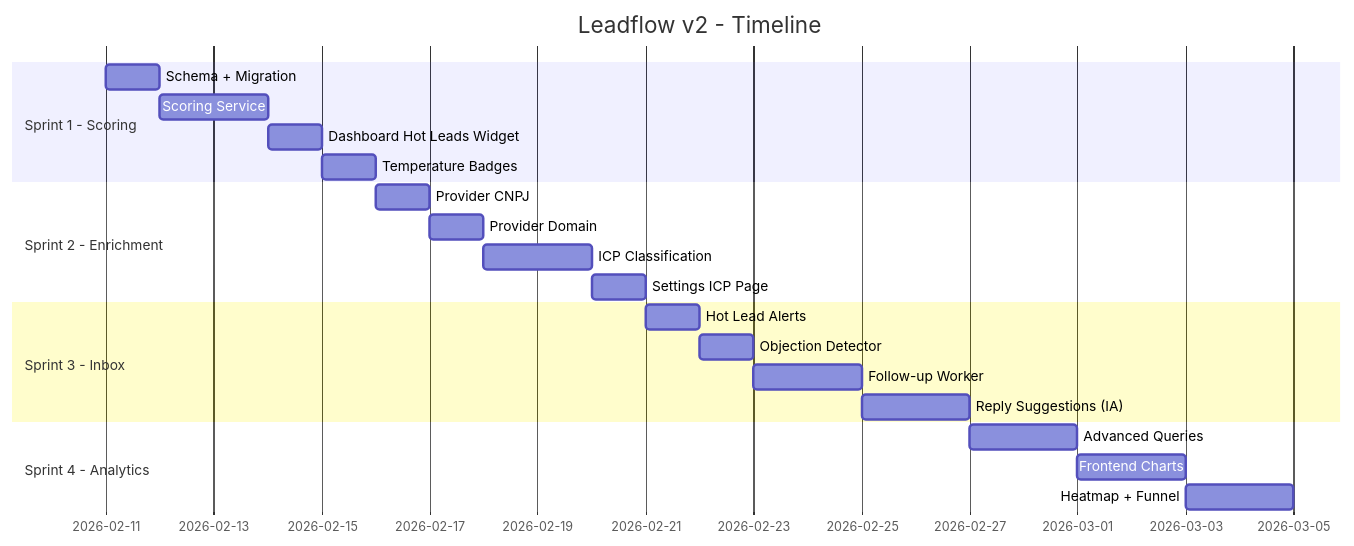
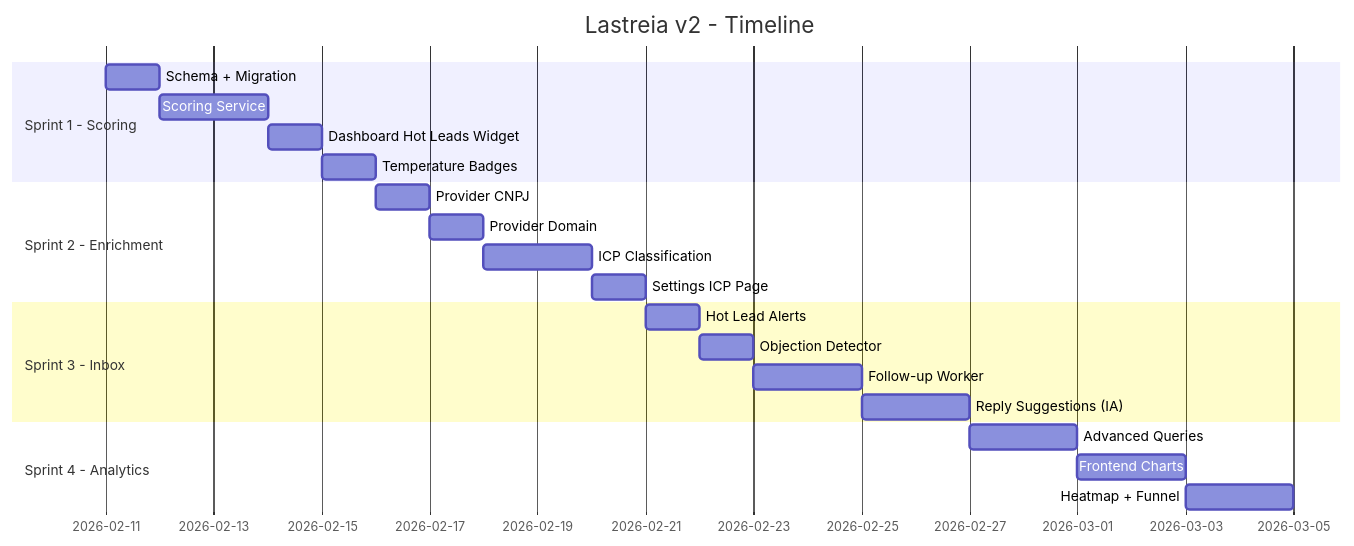
The third of 3 diagrams in DEVELOPMENT_PLAN.md (leonardo-lacerda/LeadFlow), drawn with Mermaid before and after one commit. The commit also changed other lines of this file and 45 other files, not shown here.

````diff
--- a/DEVELOPMENT_PLAN.md
+++ b/DEVELOPMENT_PLAN.md
@@ -329,27 +329,27 @@
 ```mermaid
 gantt
-    title Leadflow v2 - Timeline
+    title Lastreia v2 - Timeline
     dateFormat  YYYY-MM-DD
     section Sprint 1 - Scoring
     Schema + Migration          :s1, 2026-02-11, 1d
     Scoring Service             :s2, after s1, 2d
     Dashboard Hot Leads Widget  :s3, after s2, 1d
     Temperature Badges          :s4, after s3, 1d
 
     section Sprint 2 - Enrichment
     Provider CNPJ               :e1, after s4, 1d
     Provider Domain             :e2, after e1, 1d
     ICP Classification          :e3, after e2, 2d
     Settings ICP Page           :e4, after e3, 1d
 
     section Sprint 3 - Inbox
     Hot Lead Alerts             :i1, after e4, 1d
     Objection Detector          :i2, after i1, 1d
     Follow-up Worker            :i3, after i2, 2d
     Reply Suggestions (IA)      :i4, after i3, 2d
 
     section Sprint 4 - Analytics
     Advanced Queries            :a1, after i4, 2d
     Frontend Charts             :a2, after a1, 2d
     Heatmap + Funnel            :a3, after a2, 2d
 ```
````
